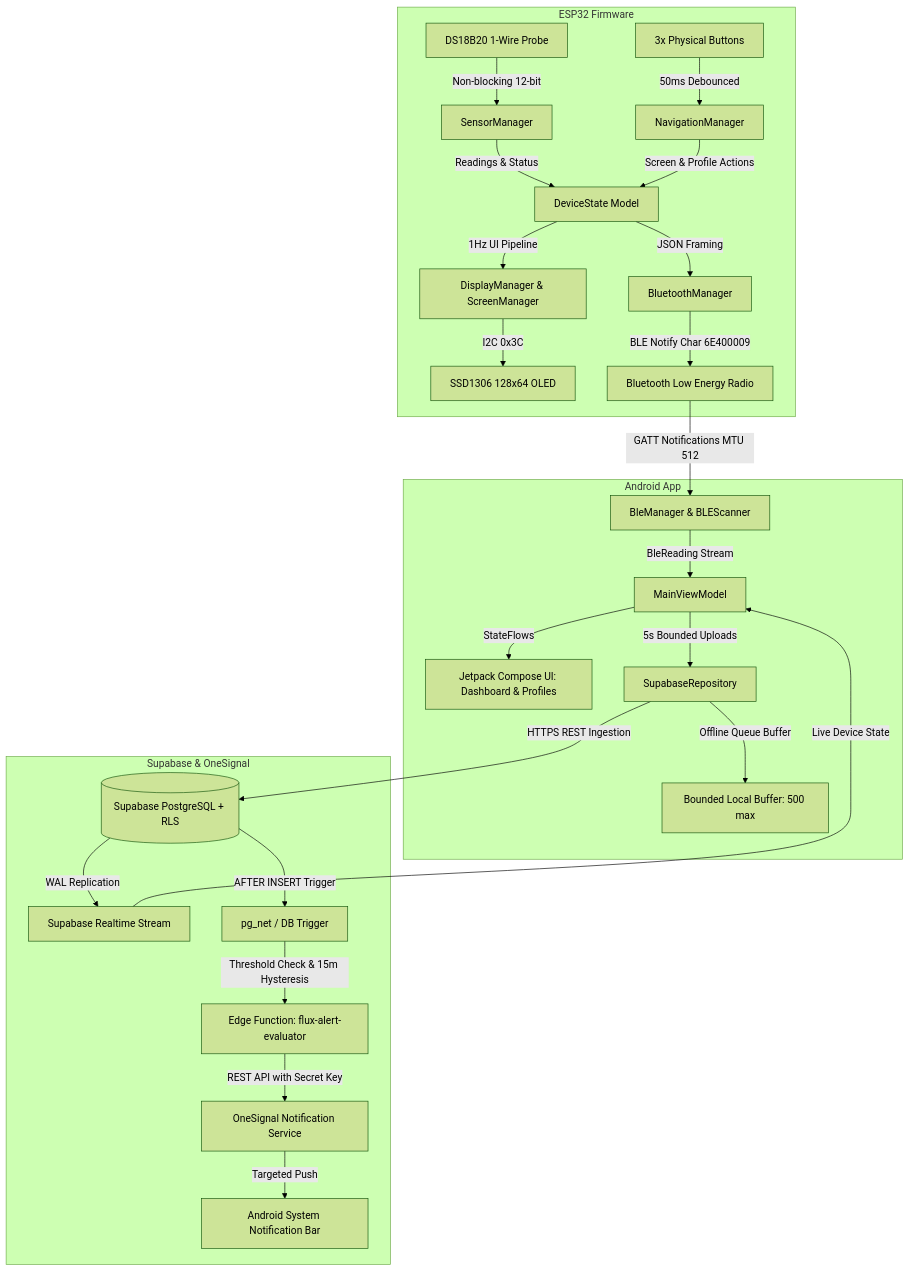
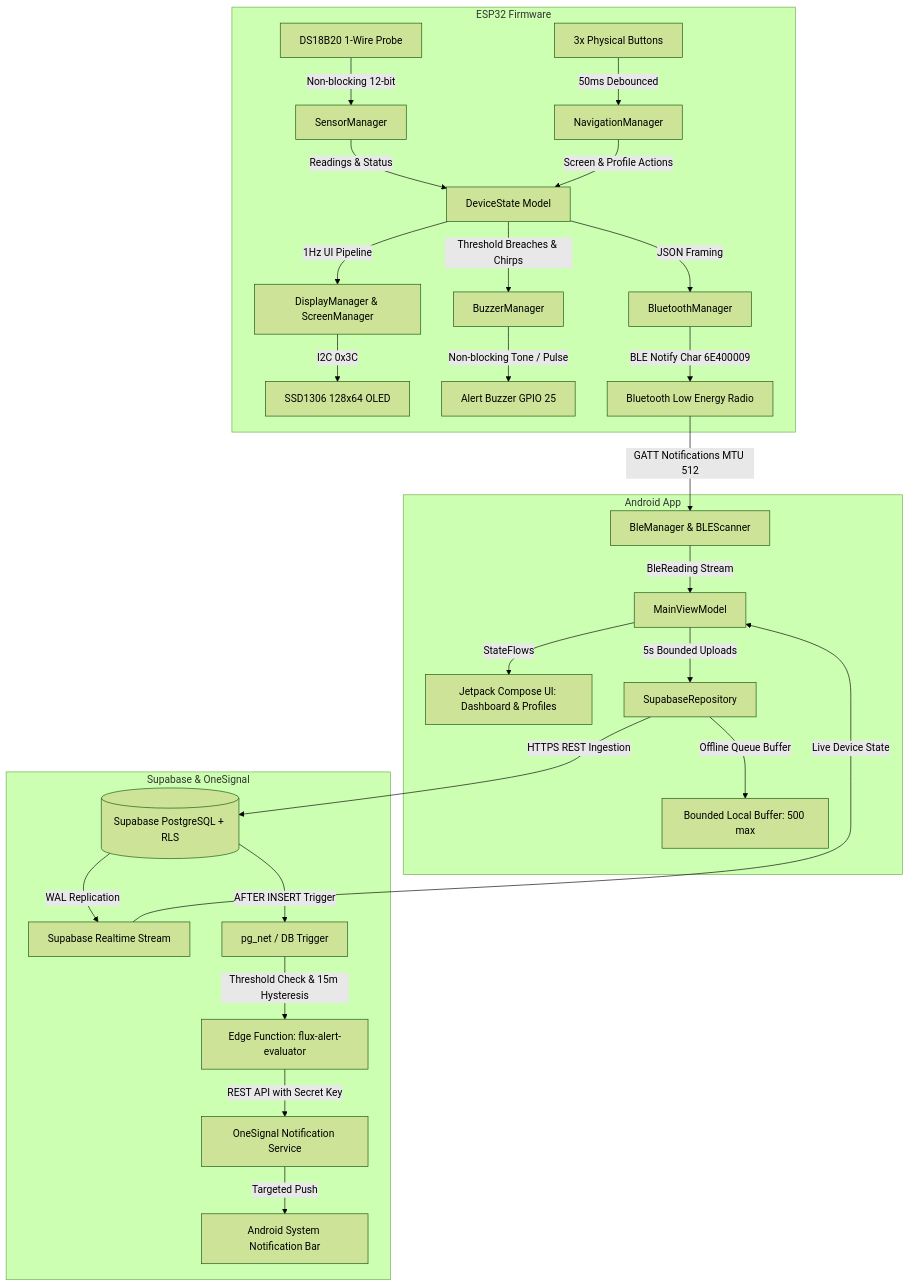
One commit to milan-m-antony/Flux changed the first of 2 diagrams in docs/architecture.md. Above: the diagram before and after it, drawn with Mermaid (forest theme). The commit also changed other lines of this file and 9 other files, not shown here.

Commit message:
docs: update architecture, hardware, protocol, and navigation guides for buzzer integration and driver setup

````diff
--- a/docs/architecture.md
+++ b/docs/architecture.md
@@ -10,31 +10,33 @@
 ```mermaid
 graph TD
     subgraph Edge Tier [ESP32 Firmware]
         DS[DS18B20 1-Wire Probe] -->|Non-blocking 12-bit| SM[SensorManager]
         SM -->|Readings & Status| DSState[DeviceState Model]
         BTN[3x Physical Buttons] -->|50ms Debounced| NM[NavigationManager]
         NM -->|Screen & Profile Actions| DSState
         DSState -->|1Hz UI Pipeline| DM[DisplayManager & ScreenManager]
         DM -->|I2C 0x3C| OLED[SSD1306 128x64 OLED]
+        DSState -->|Threshold Breaches & Chirps| BZM[BuzzerManager]
+        BZM -->|Non-blocking Tone / Pulse| BUZ[Alert Buzzer GPIO 25]
         DSState -->|JSON Framing| BM[BluetoothManager]
         BM -->|BLE Notify Char 6E400009| BLE[Bluetooth Low Energy Radio]
     end
 
     subgraph Mobile Tier [Android App]
         BLE -->|GATT Notifications MTU 512| BleClient[BleManager & BLEScanner]
         BleClient -->|BleReading Stream| VM[MainViewModel]
         VM -->|StateFlows| ComposeUI[Jetpack Compose UI: Dashboard & Profiles]
         VM -->|5s Bounded Uploads| SupaRepo[SupabaseRepository]
         SupaRepo -->|Offline Queue Buffer| DiskQueue[Bounded Local Buffer: 500 max]
     end
 
     subgraph Cloud Tier [Supabase & OneSignal]
         SupaRepo -->|HTTPS REST Ingestion| SupaDB[(Supabase PostgreSQL + RLS)]
         SupaDB -->|WAL Replication| Realtime[Supabase Realtime Stream]
         Realtime -->|Live Device State| VM
         SupaDB -->|AFTER INSERT Trigger| AlertTrg[pg_net / DB Trigger]
         AlertTrg -->|Threshold Check & 15m Hysteresis| EdgeFn[Edge Function: flux-alert-evaluator]
         EdgeFn -->|REST API with Secret Key| OneSignal[OneSignal Notification Service]
         OneSignal -->|Targeted Push| MobileDevice[Android System Notification Bar]
     end
 ```
````
